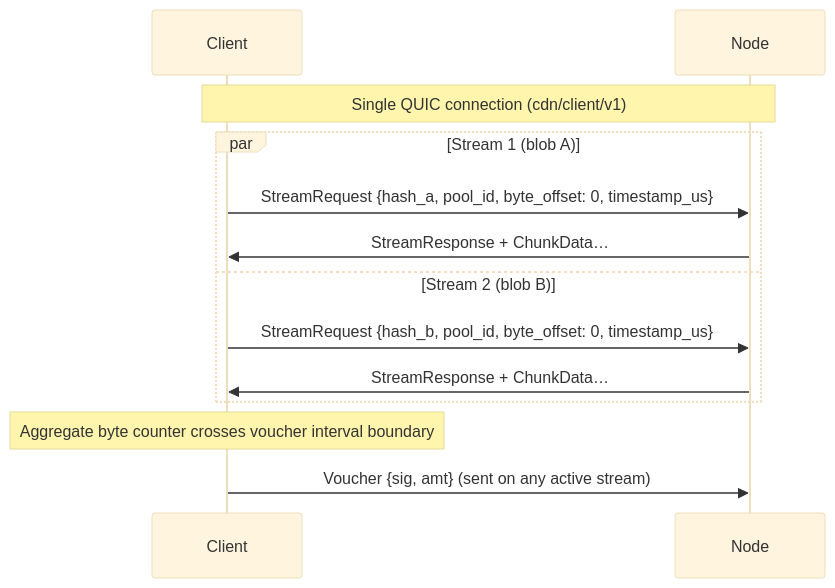
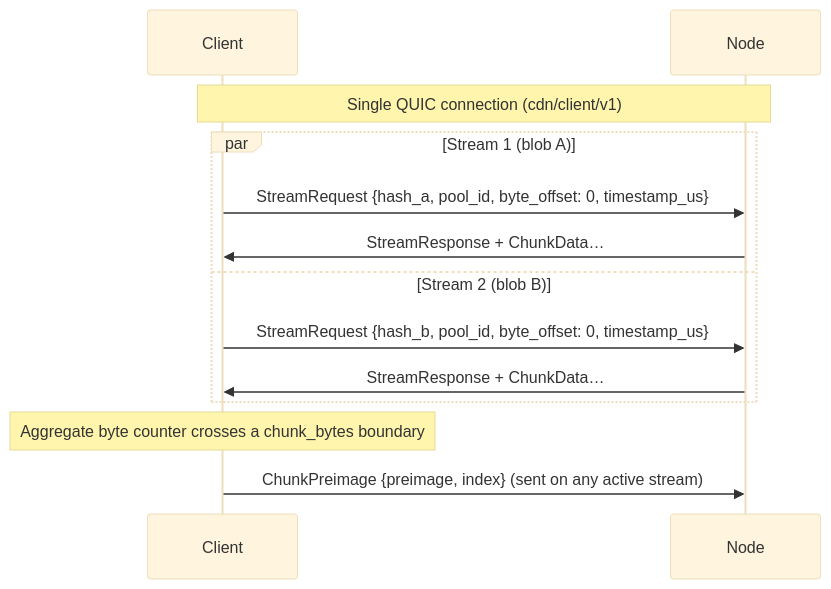
Before and after one commit to decdn/decdn: the third of 3 diagrams in adr/005-protocol.md, drawn with Mermaid (base theme). The commit also changed other lines of this file and 13 other files, not shown here.

````diff
--- a/adr/005-protocol.md
+++ b/adr/005-protocol.md
@@ -216,18 +248,18 @@
 ```mermaid
 sequenceDiagram
     participant C as Client
     participant N as Node
 
     Note over C,N: Single QUIC connection (cdn/client/v1)
 
     par Stream 1 (blob A)
         C->>N: StreamRequest {hash_a, pool_id, byte_offset: 0, timestamp_us}
         N->>C: StreamResponse + ChunkData…
     and Stream 2 (blob B)
         C->>N: StreamRequest {hash_b, pool_id, byte_offset: 0, timestamp_us}
         N->>C: StreamResponse + ChunkData…
     end
 
-    Note over C: Aggregate byte counter crosses voucher interval boundary
-    C->>N: Voucher {sig, amt} (sent on any active stream)
+    Note over C: Aggregate byte counter crosses a chunk_bytes boundary
+    C->>N: ChunkPreimage {preimage, index} (sent on any active stream)
 ```
````
